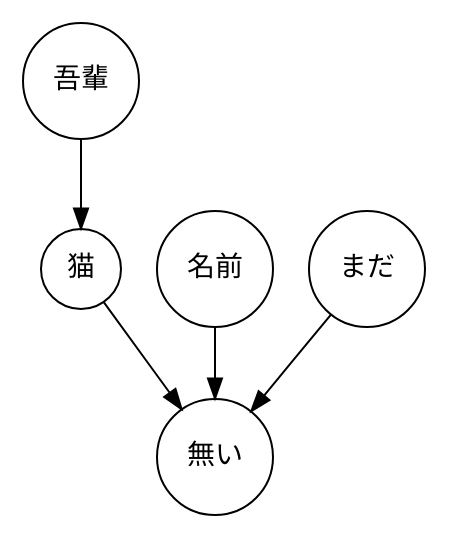
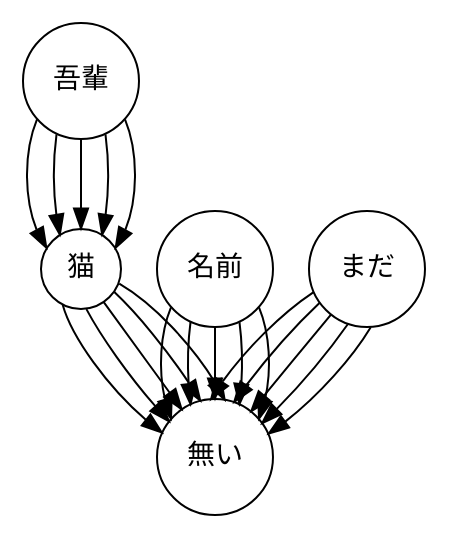
Before and after one commit to d0iasm/graph-docs: the diagram in dest/merge.dot, drawn with Graphviz. The commit also changed 4 other files, not shown here.

```diff
--- a/dest/merge.dot
+++ b/dest/merge.dot
@@ -1,35 +1,151 @@
 digraph root {
-	graph [bb="0,0,201.49,247.48"];
+	graph [bb="0,0,201,246"];
 	node [label="\N",
 		shape=circle
 	];
 	{
 		node [label="\N",
 			shape=circle
 		];
-		吾輩		 [height=0.81243,
+		吾輩		 [height=0.80556,
 			label=吾輩,
-			pos="29.247,218.24",
-			width=0.81243];
-		猫		 [height=0.55967,
+			pos="29,217",
+			width=0.80556];
+		猫		 [height=0.55556,
 			label=猫,
-			pos="29.247,123.74",
-			width=0.55967];
-		吾輩 -> 猫		 [pos="e,29.247,144.04 29.247,188.98 29.247,177.95 29.247,165.3 29.247,154.16"];
-		無い		 [height=0.81243,
+			pos="29,123",
+			width=0.55556];
+		吾輩 -> 猫		 [pos="e,11.652,133.66 6.985,197.82 0.40332,181.87 0.33895,158.75 6.792,142.65"];
+		無い		 [height=0.80556,
 			label=無い,
-			pos="96.247,29.247",
-			width=0.81243];
-		猫 -> 無い		 [pos="e,79.539,53.314 40.613,107.05 49.622,94.614 62.498,76.84 73.594,61.522"];
-		名前		 [height=0.81243,
+			pos="96,29",
+			width=0.80556];
+		猫 -> 無い		 [pos="e,69.355,41.261 19.833,105.13 24.436,88.804 42.269,64.17 61.403,47.605"];
+		名前		 [height=0.80556,
 			label=名前,
-			pos="96.247,123.74",
-			width=0.81243];
-		名前 -> 無い		 [pos="e,96.247,58.647 96.247,94.488 96.247,86.405 96.247,77.454 96.247,68.864"];
-		まだ		 [height=0.81243,
+			pos="96,123",
+			width=0.80556];
+		名前 -> 無い		 [pos="e,74.001,48.138 73.985,103.82 68.58,90.719 67.57,72.789 70.955,57.88"];
+		まだ		 [height=0.80556,
 			label=まだ,
-			pos="172.25,123.74",
-			width=0.81243];
-		まだ -> 無い		 [pos="e,114.48,52.432 153.85,100.35 143.95,88.309 131.62,73.294 120.9,60.252"];
+			pos="172,123",
+			width=0.80556];
+		まだ -> 無い		 [pos="e,94.09,58.052 145.31,111.45 128.88,100.53 111.44,82.871 99.87,66.778"];
+	}
+	subgraph root {
+		graph [bb="0,0,201,246"];
+		node [height="",
+			label="\N",
+			pos="",
+			shape=circle,
+			width=""
+		];
+		edge [pos=""];
+		{
+			graph [bb="0,0,201,246"];
+			node [height="",
+				label="\N",
+				pos="",
+				shape=circle,
+				width=""
+			];
+			edge [pos=""];
+			吾輩;
+			猫;
+			吾輩 -> 猫			 [pos="e,18.417,140.23 16.753,190.37 15.105,177.83 15.083,162.75 16.687,150.14"];
+			無い;
+			猫 -> 無い			 [pos="e,72.985,46.873 31.697,102.94 39.194,88.864 52.927,69.597 66.151,54.4"];
+			名前;
+			名前 -> 無い			 [pos="e,83.771,55.49 83.753,96.373 82.495,86.803 82.184,75.758 82.82,65.459"];
+			まだ;
+			まだ -> 無い			 [pos="e,105.63,56.641 148.23,105.97 136.17,94.613 122.35,78.931 111.58,64.764"];
+		}
+		subgraph root {
+			graph [bb="0,0,201,246"];
+			node [height="",
+				label="\N",
+				pos="",
+				shape=circle,
+				width=""
+			];
+			edge [pos=""];
+			{
+				graph [bb="0,0,201,246"];
+				node [height="",
+					label="\N",
+					pos="",
+					shape=circle,
+					width=""
+				];
+				edge [pos=""];
+				吾輩;
+				猫;
+				吾輩 -> 猫				 [pos="e,29,143.2 29,187.9 29,176.92 29,164.34 29,153.26"];
+				無い;
+				猫 -> 無い				 [pos="e,79.292,52.943 40.366,106.39 49.375,94.022 62.25,76.343 73.346,61.107"];
+				名前;
+				名前 -> 無い				 [pos="e,96,58.248 96,93.897 96,85.858 96,76.954 96,68.41"];
+				まだ;
+				まだ -> 無い				 [pos="e,114.15,51.965 153.99,100.2 144.03,88.14 131.51,72.983 120.65,59.841"];
+			}
+			subgraph root {
+				graph [bb="0,0,201,246"];
+				node [height="",
+					label="\N",
+					pos="",
+					shape=circle,
+					width=""
+				];
+				edge [pos=""];
+				{
+					graph [bb="0,0,201,246"];
+					node [height="",
+						label="\N",
+						pos="",
+						shape=circle,
+						width=""
+					];
+					edge [pos=""];
+					吾輩;
+					猫;
+					吾輩 -> 猫					 [pos="e,39.583,140.23 41.247,190.37 42.895,177.83 42.917,162.75 41.313,150.14"];
+					無い;
+					猫 -> 無い					 [pos="e,88.595,57.265 45.674,111.45 57.498,100.38 72.032,82.354 82.945,66.074"];
+					名前;
+					名前 -> 無い					 [pos="e,108.23,55.49 108.25,96.373 109.5,86.803 109.82,75.758 109.18,65.459"];
+					まだ;
+					まだ -> 無い					 [pos="e,119.63,45.889 162.39,95.39 152.98,81.992 139.53,65.909 126.92,53.046"];
+				}
+				subgraph root {
+					graph [bb="0,0,201.49,247.48"];
+					node [height="",
+						label="\N",
+						pos="",
+						shape=circle,
+						width=""
+					];
+					edge [pos=""];
+					{
+						graph [bb="0,0,201.49,247.48"];
+						node [height="",
+							label="\N",
+							pos="",
+							shape=circle,
+							width=""
+						];
+						edge [pos=""];
+						吾輩;
+						猫;
+						吾輩 -> 猫						 [pos="e,46.348,133.66 51.015,197.82 57.597,181.87 57.661,158.75 51.208,142.65"];
+						無い;
+						猫 -> 無い						 [pos="e,100.82,57.714 48.132,115.68 65.503,105.56 84.468,84.992 95.873,66.545"];
+						名前;
+						名前 -> 無い						 [pos="e,118,48.138 118.01,103.82 123.42,90.719 124.43,72.789 121.04,57.88"];
+						まだ;
+						まだ -> 無い						 [pos="e,122.92,40.705 173.88,93.897 164.58,78.457 147.95,59.83 131.15,46.682"];
+					}
+				}
+			}
+		}
 	}
 }
```
